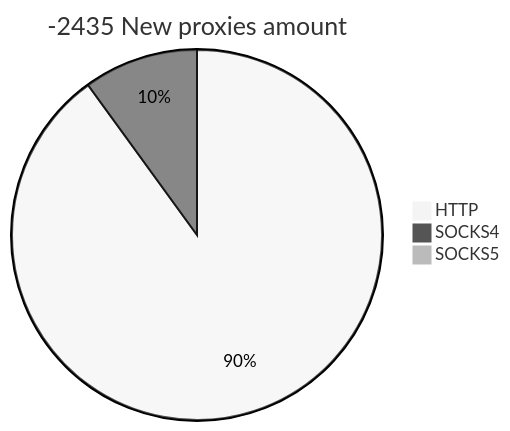
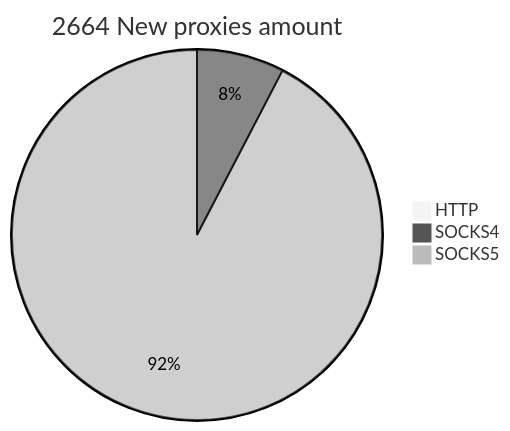
The second of 2 diagrams in README.md (cutipu/proxylist), drawn with Mermaid (neutral theme) before and after one commit. The commit also changed other lines of this file, not shown here.

````diff
--- a/README.md
+++ b/README.md
@@ -10,6 +10,6 @@
 ```mermaid
-pie title -2435 New proxies amount
-    "HTTP" : 27
-    "SOCKS4" : 3
-    "SOCKS5" : 0
+pie title 2664 New proxies amount
+    "HTTP" : 0
+    "SOCKS4" : 204
+    "SOCKS5" : 2469
 ```
````
